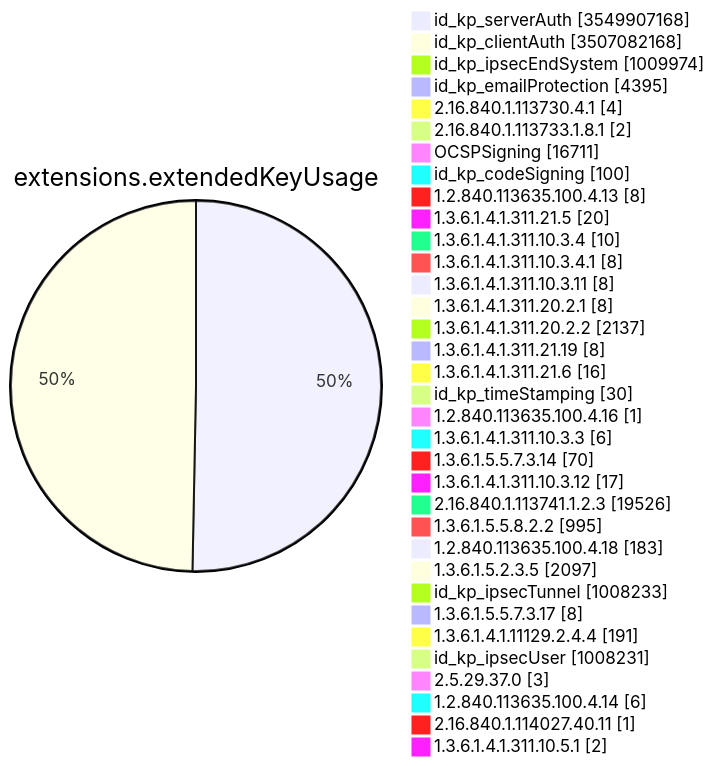
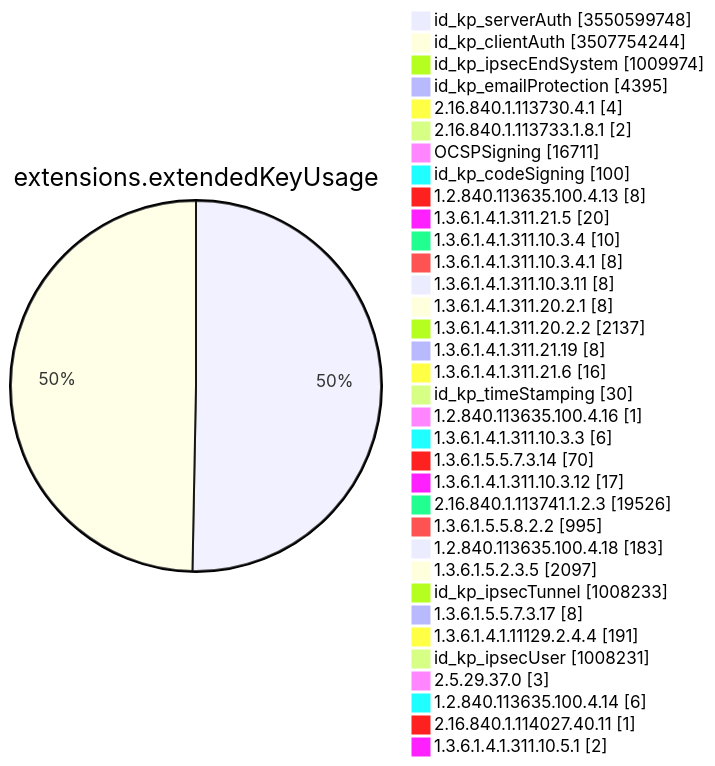
Diagram 11 of 15 in TOTAL/README.md (christiankrug/ctmonitor_visualization), drawn with Mermaid before and after one commit. The commit also changed other lines of this file, not shown here.

````diff
--- a/TOTAL/README.md
+++ b/TOTAL/README.md
@@ -4127,38 +4127,38 @@
 ```mermaid
 pie showData
 title extensions.extendedKeyUsage
-"id_kp_serverAuth" :3549907168
-"id_kp_clientAuth" :3507082168
+"id_kp_serverAuth" :3550599748
+"id_kp_clientAuth" :3507754244
 "id_kp_ipsecEndSystem" :1009974
 "id_kp_emailProtection" :4395
 "2.16.840.1.113730.4.1" :4
 "2.16.840.1.113733.1.8.1" :2
 "OCSPSigning" :16711
 "id_kp_codeSigning" :100
 "1.2.840.113635.100.4.13" :8
 "1.3.6.1.4.1.311.21.5" :20
 "1.3.6.1.4.1.311.10.3.4" :10
 "1.3.6.1.4.1.311.10.3.4.1" :8
 "1.3.6.1.4.1.311.10.3.11" :8
 "1.3.6.1.4.1.311.20.2.1" :8
 "1.3.6.1.4.1.311.20.2.2" :2137
 "1.3.6.1.4.1.311.21.19" :8
 "1.3.6.1.4.1.311.21.6" :16
 "id_kp_timeStamping" :30
 "1.2.840.113635.100.4.16" :1
 "1.3.6.1.4.1.311.10.3.3" :6
 "1.3.6.1.5.5.7.3.14" :70
 "1.3.6.1.4.1.311.10.3.12" :17
 "2.16.840.1.113741.1.2.3" :19526
 "1.3.6.1.5.5.8.2.2" :995
 "1.2.840.113635.100.4.18" :183
 "1.3.6.1.5.2.3.5" :2097
 "id_kp_ipsecTunnel" :1008233
 "1.3.6.1.5.5.7.3.17" :8
 "1.3.6.1.4.1.11129.2.4.4" :191
 "id_kp_ipsecUser" :1008231
 "2.5.29.37.0" :3
 "1.2.840.113635.100.4.14" :6
 "2.16.840.1.114027.40.11" :1
 "1.3.6.1.4.1.311.10.5.1" :2
 ```
````
